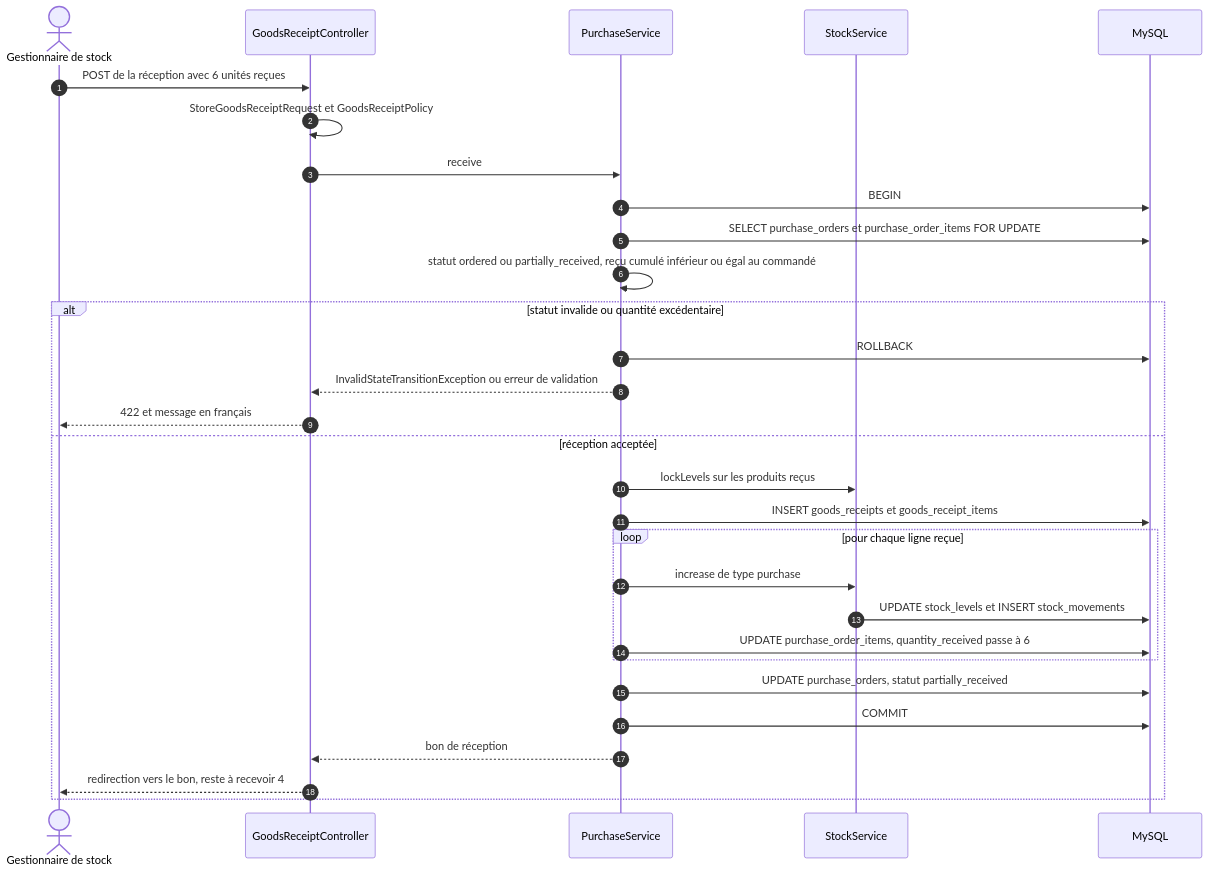
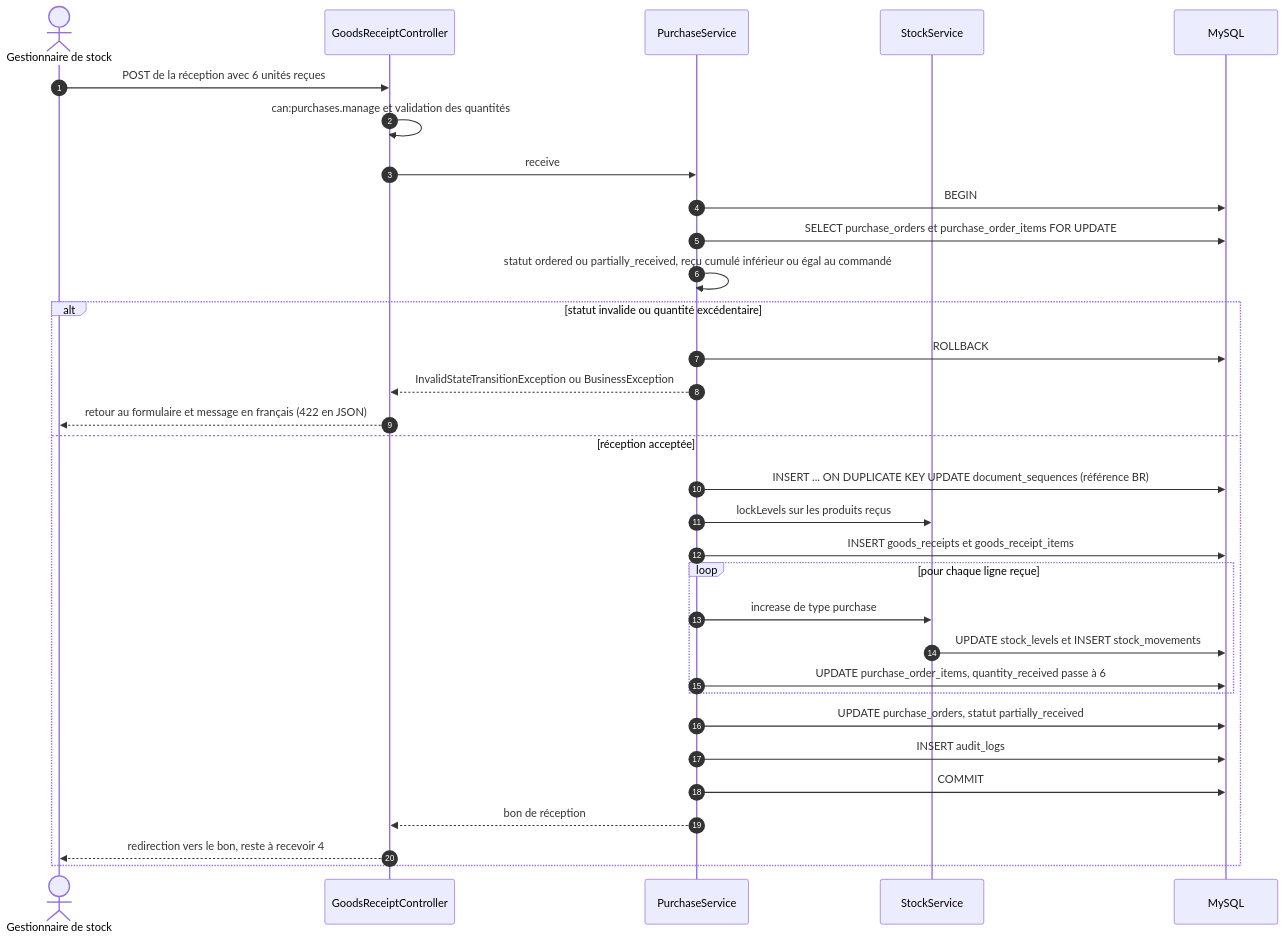
One commit to ivan9802/StockfLow changed the fifth of 7 diagrams in docs/02-architecture/system-architecture.md. Above: the diagram before and after it, drawn with Mermaid. The commit also changed other lines of this file and 15 other files, not shown here.

````diff
--- a/docs/02-architecture/system-architecture.md
+++ b/docs/02-architecture/system-architecture.md
@@ -508,33 +564,35 @@
 ```mermaid
 sequenceDiagram
     autonumber
     actor G as Gestionnaire de stock
     participant C as GoodsReceiptController
     participant P as PurchaseService
     participant K as StockService
     participant DB as MySQL
 
     G->>C: POST de la réception avec 6 unités reçues
-    C->>C: StoreGoodsReceiptRequest et GoodsReceiptPolicy
+    C->>C: can:purchases.manage et validation des quantités
     C->>P: receive
     P->>DB: BEGIN
     P->>DB: SELECT purchase_orders et purchase_order_items FOR UPDATE
     P->>P: statut ordered ou partially_received, reçu cumulé inférieur ou égal au commandé
     alt statut invalide ou quantité excédentaire
         P->>DB: ROLLBACK
-        P-->>C: InvalidStateTransitionException ou erreur de validation
-        C-->>G: 422 et message en français
+        P-->>C: InvalidStateTransitionException ou BusinessException
+        C-->>G: retour au formulaire et message en français (422 en JSON)
     else réception acceptée
+        P->>DB: INSERT ... ON DUPLICATE KEY UPDATE document_sequences (référence BR)
         P->>K: lockLevels sur les produits reçus
         P->>DB: INSERT goods_receipts et goods_receipt_items
         loop pour chaque ligne reçue
             P->>K: increase de type purchase
             K->>DB: UPDATE stock_levels et INSERT stock_movements
             P->>DB: UPDATE purchase_order_items, quantity_received passe à 6
         end
         P->>DB: UPDATE purchase_orders, statut partially_received
+        P->>DB: INSERT audit_logs
         P->>DB: COMMIT
         P-->>C: bon de réception
         C-->>G: redirection vers le bon, reste à recevoir 4
     end
 ```
````
